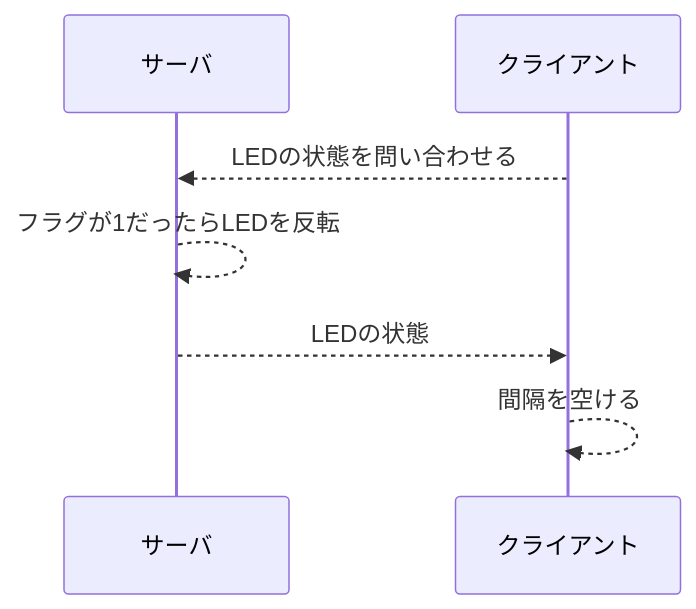
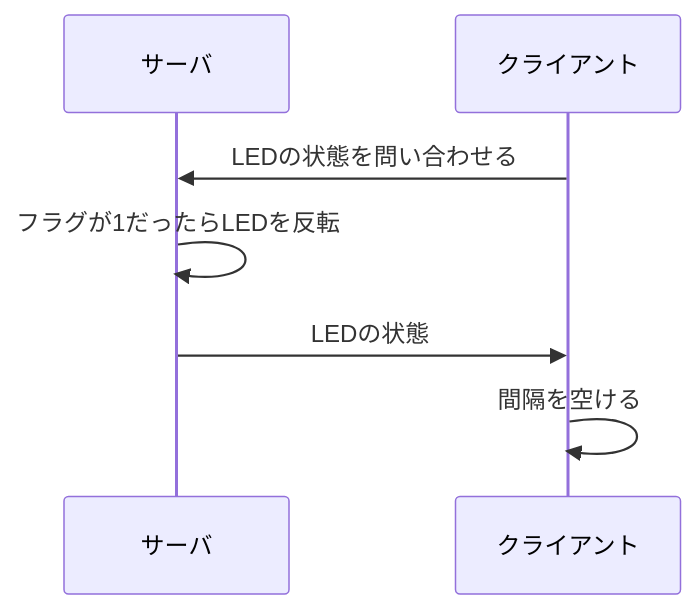
One commit to asa1729/webpro_06 changed the fifth of 5 diagrams in README.md. Above: the diagram before and after it, drawn with Mermaid.

````diff
--- a/README.md
+++ b/README.md
@@ -298,12 +298,12 @@
 ```mermaid
 sequenceDiagram
     participant A as サーバ
     participant B as クライアント
 
 
-    B-->>A: LEDの状態を問い合わせる
-    A-->>A: フラグが1だったらLEDを反転
-    A-->>B: LEDの状態
-    B-->>B: 間隔を空ける
+    B->>A: LEDの状態を問い合わせる
+    A->>A: フラグが1だったらLEDを反転
+    A->>B: LEDの状態
+    B->>B: 間隔を空ける
 
 ```
````
